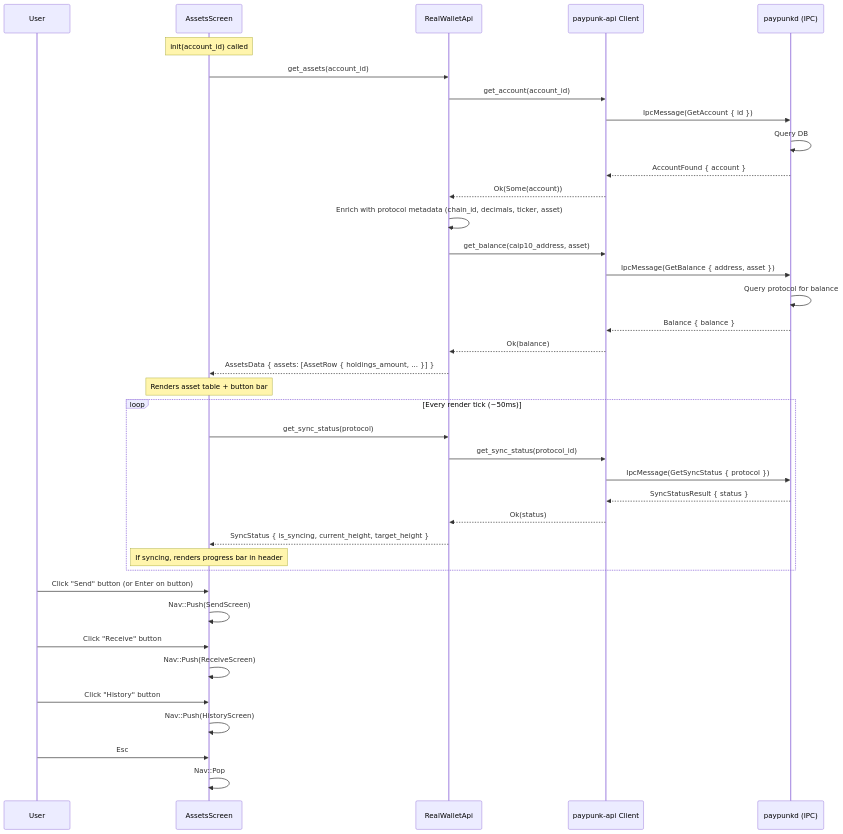
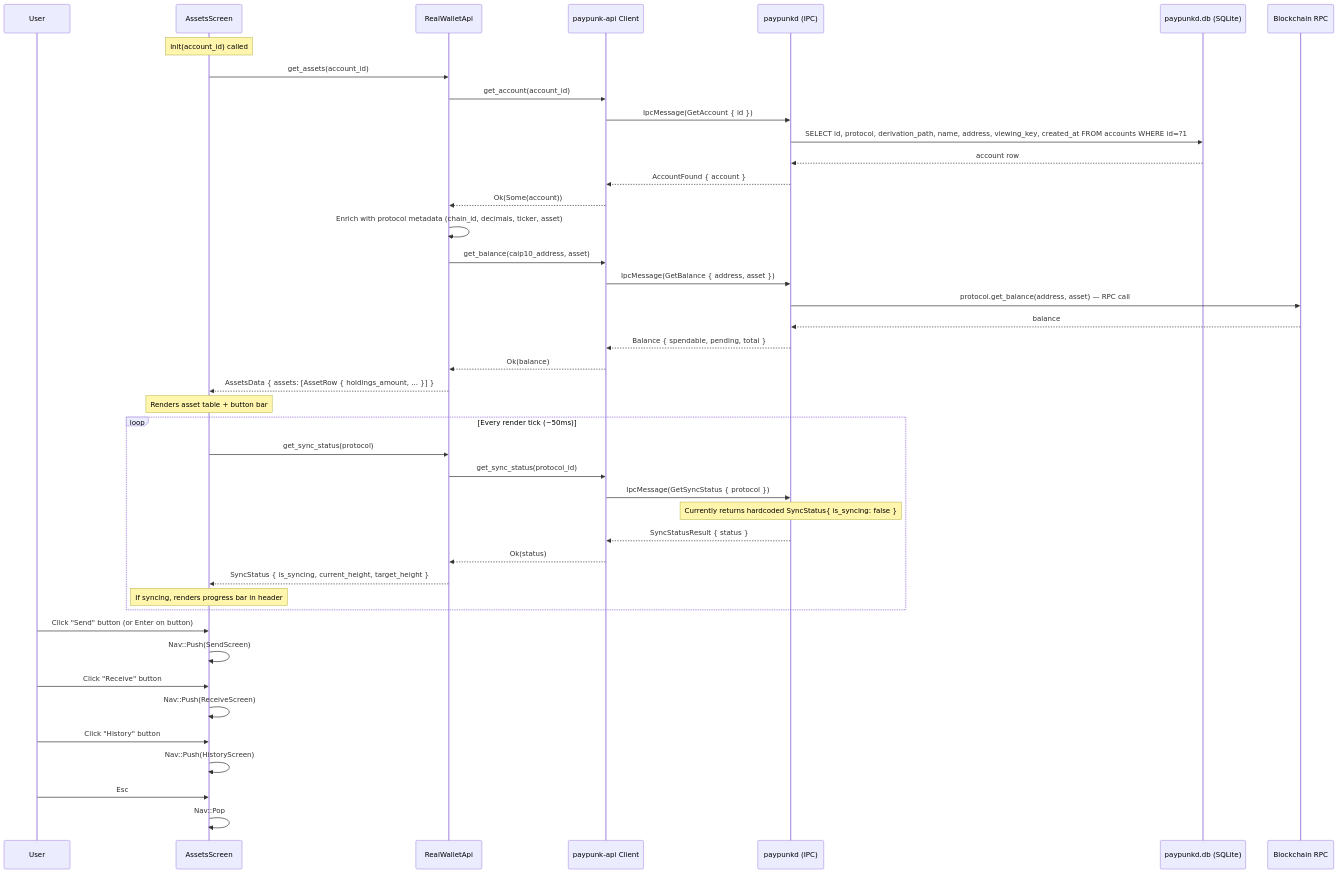
One commit to blockhackersio/paypunk changed the first of 2 diagrams in tui/docs/usecases/05-assets.md. Above: the diagram before and after it, drawn with Mermaid. The commit also changed other lines of this file and 9 other files, not shown here.

````diff
--- a/tui/docs/usecases/05-assets.md
+++ b/tui/docs/usecases/05-assets.md
@@ -7,47 +12,52 @@
 ```mermaid
 sequenceDiagram
     participant U as User
     participant TUI as AssetsScreen
     participant API as RealWalletApi
     participant Client as paypunk-api Client
     participant paypunkd as paypunkd (IPC)
+    participant SQLite as paypunkd.db (SQLite)
+    participant Chain as Blockchain RPC
 
     Note over TUI: init(account_id) called
     TUI->>API: get_assets(account_id)
     API->>Client: get_account(account_id)
     Client->>paypunkd: IpcMessage(GetAccount { id })
-    paypunkd->>paypunkd: Query DB
+    paypunkd->>SQLite: SELECT id, protocol, derivation_path, name, address, viewing_key, created_at FROM accounts WHERE id=?1
+    SQLite-->>paypunkd: account row
     paypunkd-->>Client: AccountFound { account }
     Client-->>API: Ok(Some(account))
     API->>API: Enrich with protocol metadata (chain_id, decimals, ticker, asset)
     API->>Client: get_balance(caip10_address, asset)
     Client->>paypunkd: IpcMessage(GetBalance { address, asset })
-    paypunkd->>paypunkd: Query protocol for balance
-    paypunkd-->>Client: Balance { balance }
+    paypunkd->>Chain: protocol.get_balance(address, asset) — RPC call
+    Chain-->>paypunkd: balance
+    paypunkd-->>Client: Balance { spendable, pending, total }
     Client-->>API: Ok(balance)
     API-->>TUI: AssetsData { assets: [AssetRow { holdings_amount, ... }] }
 
     Note over TUI: Renders asset table + button bar
 
     loop Every render tick (~50ms)
         TUI->>API: get_sync_status(protocol)
         API->>Client: get_sync_status(protocol_id)
         Client->>paypunkd: IpcMessage(GetSyncStatus { protocol })
+        Note over paypunkd: Currently returns hardcoded SyncStatus{ is_syncing: false }
         paypunkd-->>Client: SyncStatusResult { status }
         Client-->>API: Ok(status)
         API-->>TUI: SyncStatus { is_syncing, current_height, target_height }
         Note over TUI: If syncing, renders progress bar in header
     end
 
     U->>TUI: Click "Send" button (or Enter on button)
     TUI->>TUI: Nav::Push(SendScreen)
 
     U->>TUI: Click "Receive" button
     TUI->>TUI: Nav::Push(ReceiveScreen)
 
     U->>TUI: Click "History" button
     TUI->>TUI: Nav::Push(HistoryScreen)
 
     U->>TUI: Esc
     TUI->>TUI: Nav::Pop
 ```
````
